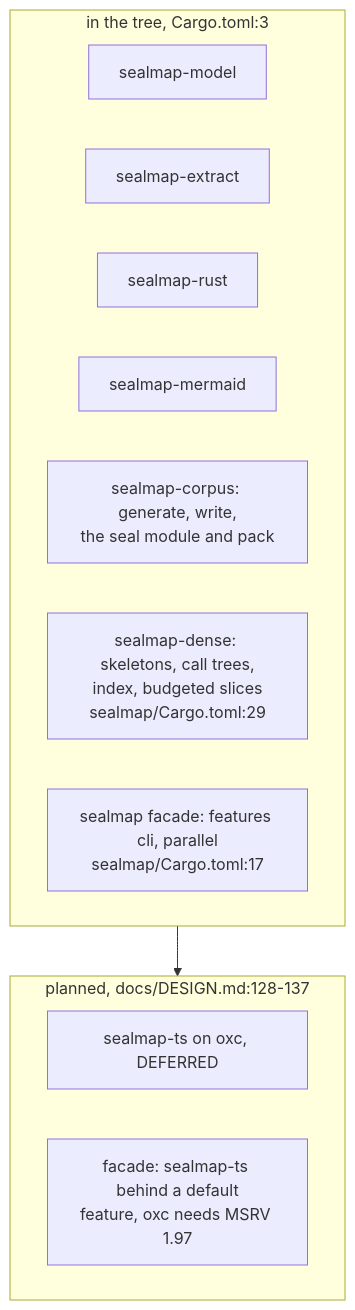
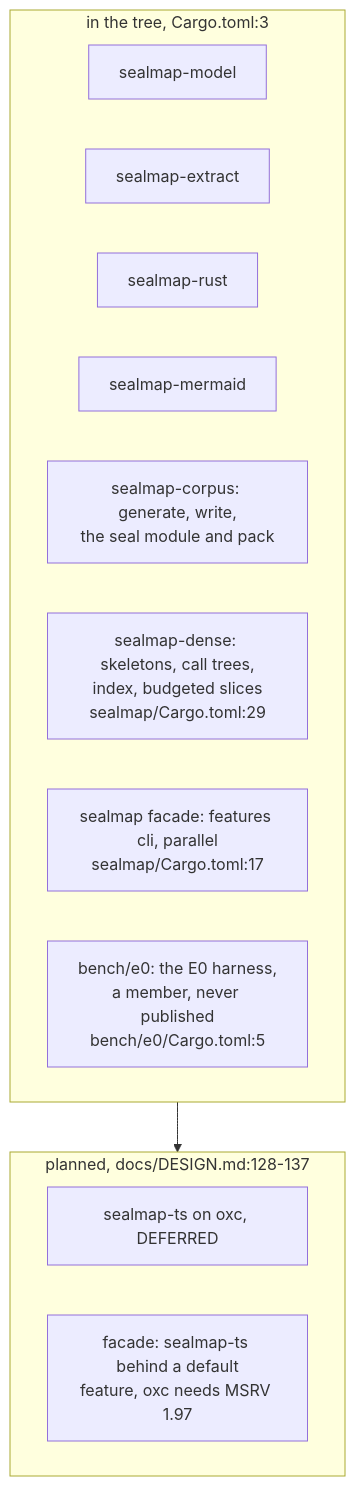
One commit to DreamLab-AI/codemaid changed the fifth of 6 diagrams in docs/diagrams/delivery/02-design-versus-code.md. Above: the diagram before and after it, drawn with Mermaid. The commit also changed other lines of this file and 21 other files, not shown here.

````diff
--- a/docs/diagrams/delivery/02-design-versus-code.md
+++ b/docs/diagrams/delivery/02-design-versus-code.md
@@ -207,17 +208,18 @@
 ```mermaid
 flowchart TB
     subgraph HAVE["in the tree, Cargo.toml:3"]
         H1["sealmap-model"]
         H2["sealmap-extract"]
         H3["sealmap-rust"]
         H4["sealmap-mermaid"]
         H5["sealmap-corpus: generate, write,<br/>the seal module and pack"]
         H7["sealmap-dense: skeletons, call trees,<br/>index, budgeted slices<br/>sealmap/Cargo.toml:29"]
         H6["sealmap facade: features cli, parallel<br/>sealmap/Cargo.toml:17"]
+        H8["bench/e0: the E0 harness,<br/>a member, never published<br/>bench/e0/Cargo.toml:5"]
     end
     subgraph PLANNED["planned, docs/DESIGN.md:128-137"]
         P3["sealmap-ts on oxc, DEFERRED"]
         P4["facade: sealmap-ts behind a default<br/>feature, oxc needs MSRV 1.97"]
     end
     HAVE --> PLANNED
 ```
````
